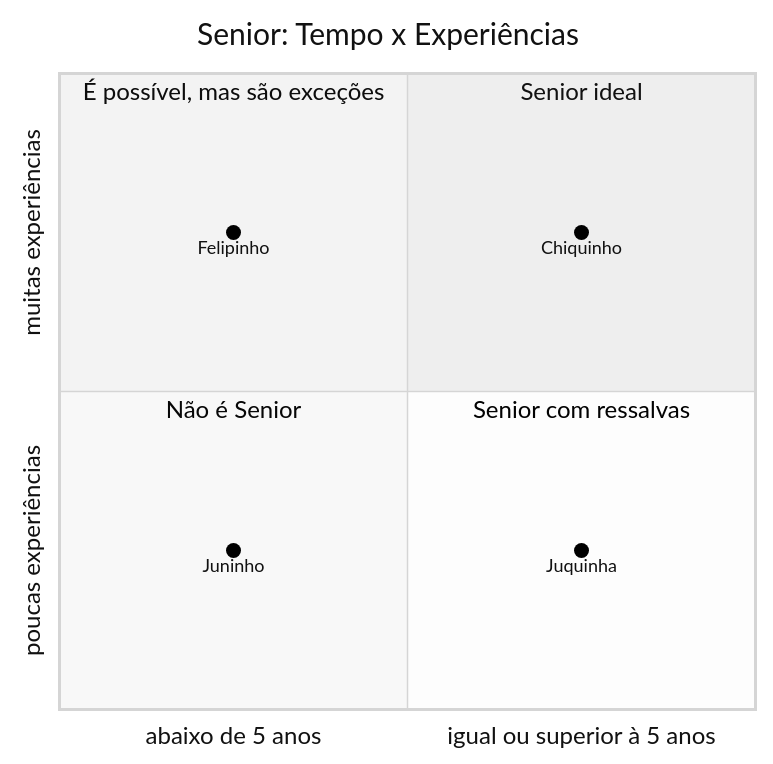
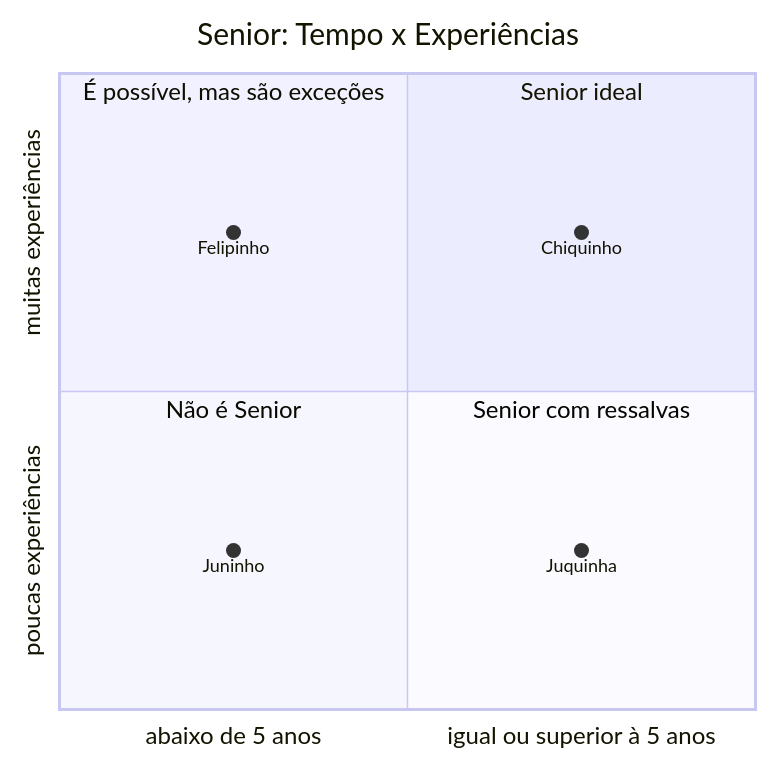
Before and after one commit to josemoraes/public-images: the diagram in README.md, drawn with Mermaid. The commit also changed 1 other file, not shown here.

Commit message:
docs: tabnews post

````diff
--- a/README.md
+++ b/README.md
@@ -3,15 +3,14 @@
 ```mermaid
-%%{init: {'theme':'neutral'}}%%
 quadrantChart
     title Senior: Tempo x Experiências
     x-axis "abaixo de 5 anos" --> "igual ou superior à 5 anos"
     y-axis "poucas experiências" --> "muitas experiências"
     quadrant-1 "Senior ideal"
     quadrant-2 "É possível, mas são exceções"
     quadrant-3 "Não é Senior"
     quadrant-4 "Senior com ressalvas"
     Chiquinho: [0.75, 0.75]
     Juquinha: [0.75, 0.25]
     Juninho: [0.25, 0.25]
     Felipinho: [0.25, 0.75]
 ```
````
